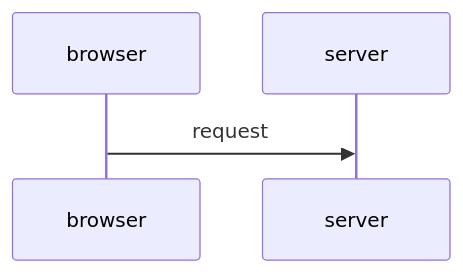
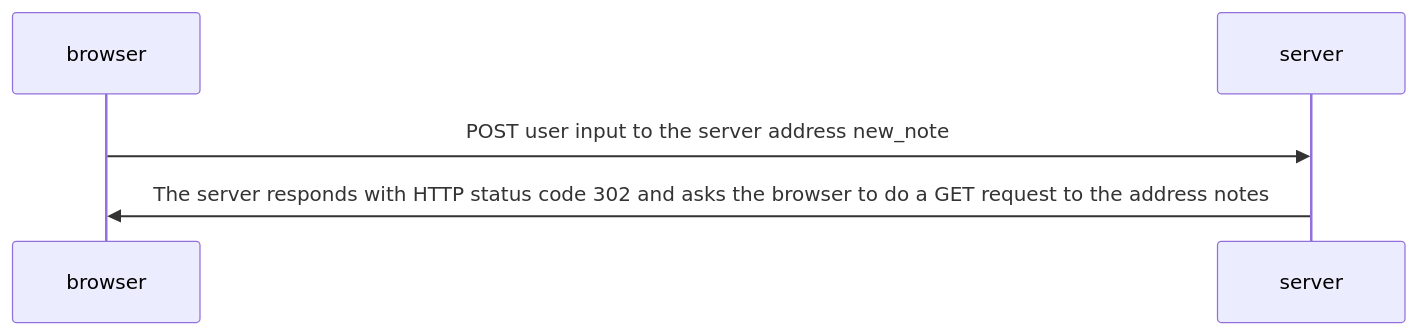
The diagram in Part0.md (early-dew/FullStackOpen), drawn with Mermaid before and after one commit.

````diff
--- a/Part0.md
+++ b/Part0.md
@@ -1,6 +1,7 @@
 ```mermaid
 sequenceDiagram
  participant browser
  participant server
- browser->>server:request
+ browser->>server: POST user input to the server address new_note
+ server->>browser: The server responds with HTTP status code 302 and asks the browser to do a GET request to the address notes
 ```
````
